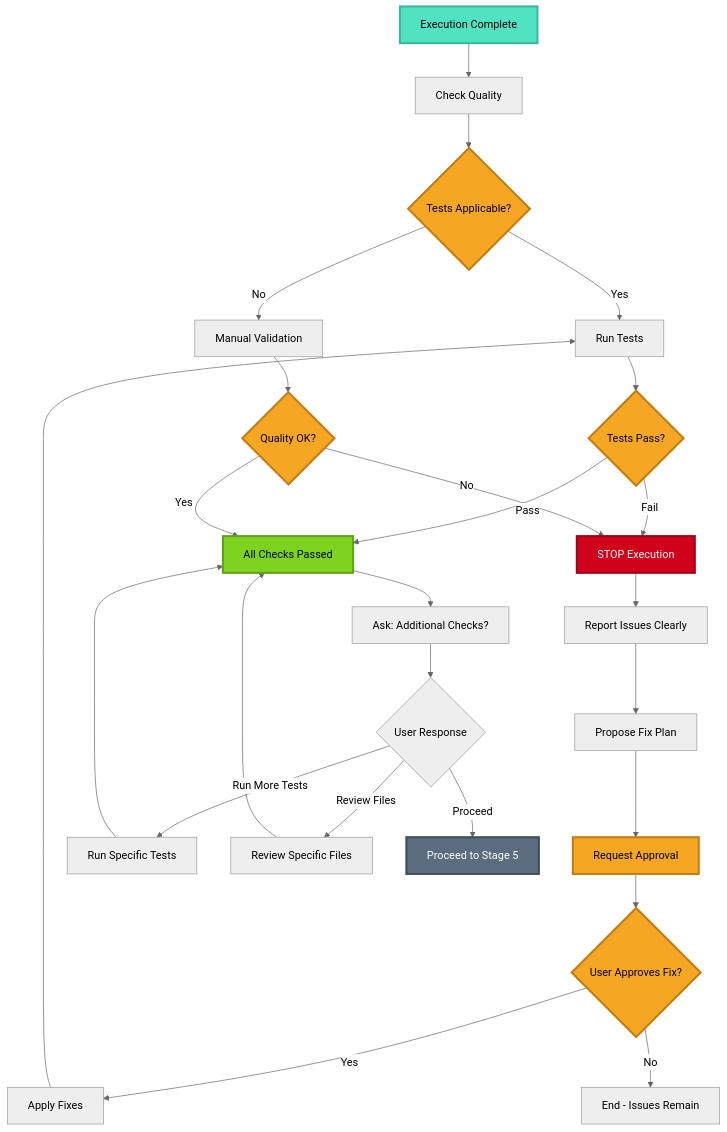
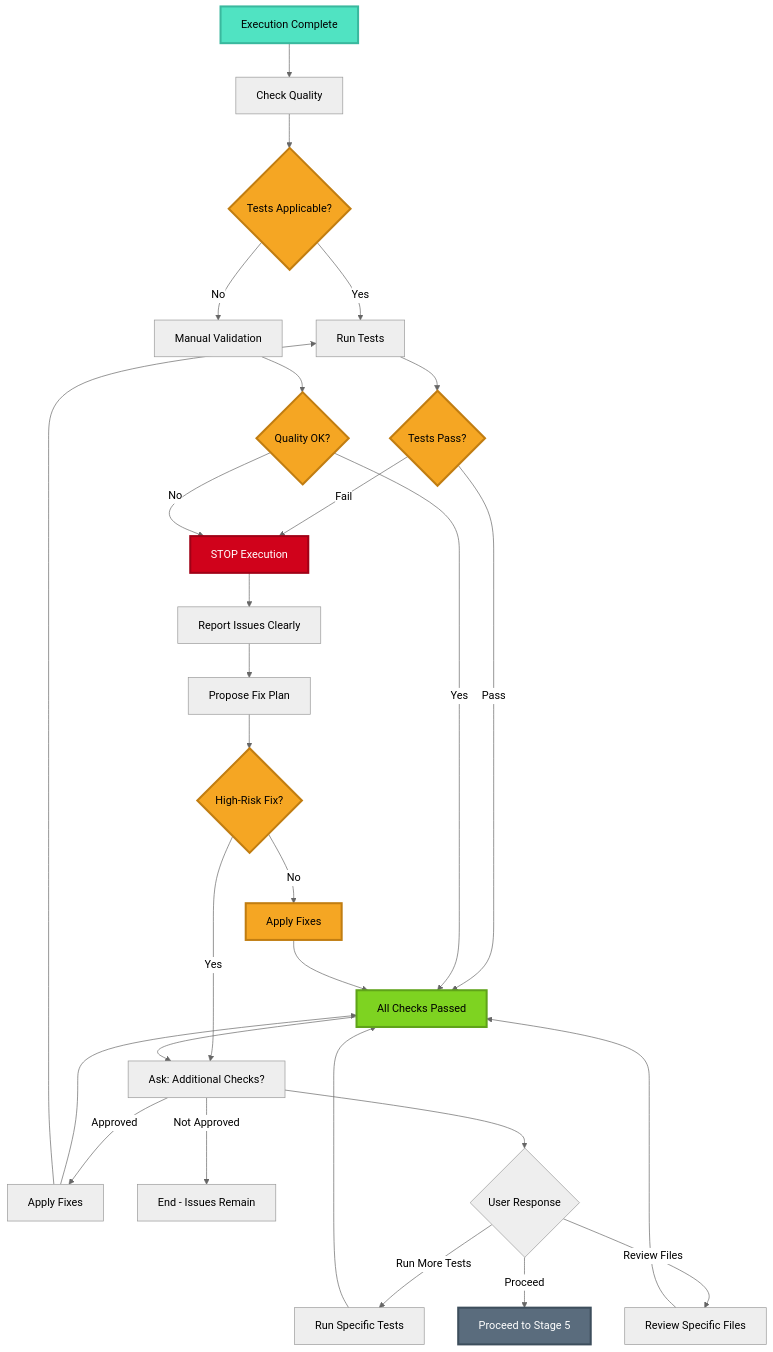
The eighth of 17 diagrams in docs/agents/openagent.md (kalihat007/OpenAgentsControl), drawn with Mermaid (neutral theme) before and after one commit. The commit also changed other lines of this file and 23 other files, not shown here.

````diff
--- a/docs/agents/openagent.md
+++ b/docs/agents/openagent.md
@@ -350,47 +351,50 @@
 ```mermaid
 graph TD
     A[Execution Complete] --> B[Check Quality]
     B --> C{Tests Applicable?}
     
     C -->|Yes| D[Run Tests]
     C -->|No| E[Manual Validation]
     
     D --> F{Tests Pass?}
     E --> G{Quality OK?}
     
     F -->|Pass| H[All Checks Passed]
     G -->|Yes| H
     
     F -->|Fail| I[STOP Execution]
     G -->|No| I
     
     I --> J[Report Issues Clearly]
     J --> K[Propose Fix Plan]
-    K --> L[Request Approval]
-    L --> M{User Approves Fix?}
+    K --> L{High-Risk Fix?}
+    L -->|No| M[Apply Fixes]
+    L -->|Yes| P[Request Approval]
     
-    M -->|Yes| N[Apply Fixes]
-    M -->|No| O[End - Issues Remain]
+    P -->|Approved| N[Apply Fixes]
+    P -->|Not Approved| O[End - Issues Remain]
+    M --> H
+    N --> H
     
     N --> D
     
     H --> P[Ask: Additional Checks?]
     P --> Q{User Response}
     
     Q -->|Run More Tests| R[Run Specific Tests]
     Q -->|Review Files| S[Review Specific Files]
     Q -->|Proceed| T[Proceed to Stage 5]
     
     R --> H
     S --> H
     
     style A fill:#50E3C2,stroke:#3AB89E,stroke-width:3px,color:#000
     style C fill:#F5A623,stroke:#C17D11,stroke-width:3px,color:#000
     style F fill:#F5A623,stroke:#C17D11,stroke-width:3px,color:#000
     style G fill:#F5A623,stroke:#C17D11,stroke-width:3px,color:#000
     style H fill:#7ED321,stroke:#5FA319,stroke-width:3px,color:#000
     style I fill:#D0021B,stroke:#A00116,stroke-width:3px,color:#fff
     style L fill:#F5A623,stroke:#C17D11,stroke-width:3px,color:#000
     style M fill:#F5A623,stroke:#C17D11,stroke-width:3px,color:#000
     style T fill:#5A6C7D,stroke:#3D4E5C,stroke-width:3px,color:#fff
 ```
````
